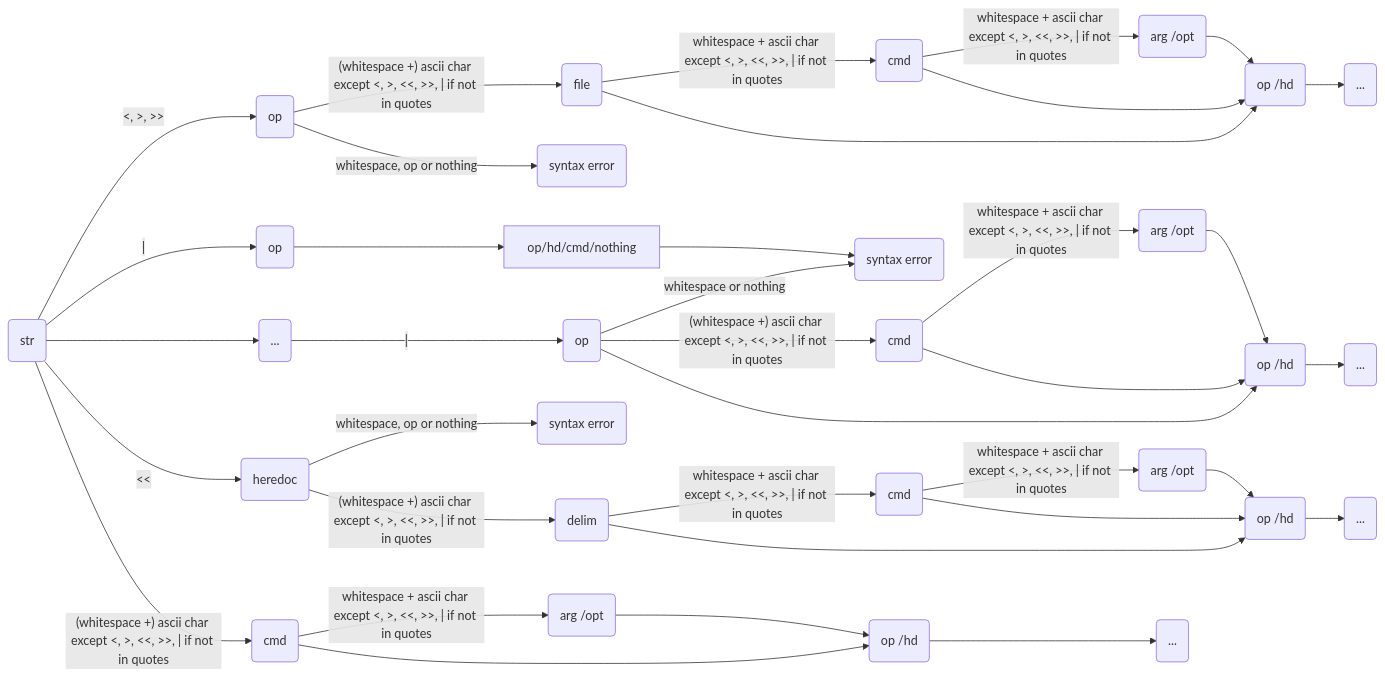
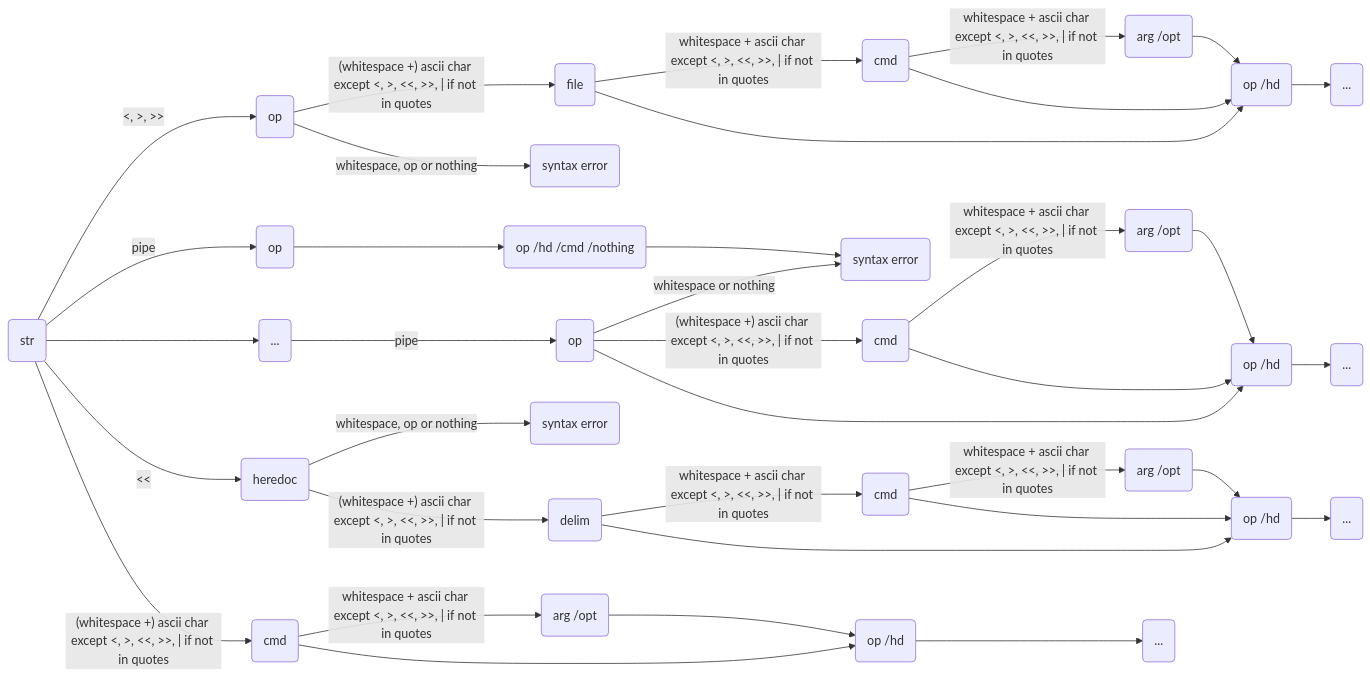
Before and after one commit to cdomet-d/minishell: the second of 2 diagrams in README.md, drawn with Mermaid.

````diff
--- a/README.md
+++ b/README.md
@@ -73,36 +73,36 @@
 ```mermaid
 graph LR
 
 STR(str) --> |<, >, >>| redir(op) --> |"(whitespace +) ascii char \nexcept <, >, <<, >>, | if not in quotes"| file(file)
 redir --> |"whitespace, op or nothing"| redirerror("syntax error")
 file --> |"whitespace + ascii char \nexcept <, >, <<, >>, | if not in quotes"| redircmd(cmd)
 redircmd --> |"whitespace + ascii char \nexcept <, >, <<, >>, | if not in quotes"| rao(arg /opt)
 redircmd --> redirophd
 rao --> redirophd
 file --> redirophd(op /hd) --> redirdot(...)
 
-STR --> |"|"| pip(op) --> op/hd/cmd/nothing --> pipeerror("syntax error")
-STR --> dost(...) --> |"|"| pipe(op)
+STR --> |"pipe"| pip(op) --> A("op /hd /cmd /nothing") --> pipeerror("syntax error")
+STR --> dost(...) --> |"pipe"| pipe(op)
 pipe --> |"whitespace or nothing"| pipeerror
 pipe --> |"(whitespace +) ascii char \nexcept <, >, <<, >>, | if not in quotes"| pipecmd(cmd)
 pipe --> op/hd(op /hd)
 pipecmd --> |"whitespace + ascii char \nexcept <, >, <<, >>, | if not in quotes"| pao(arg /opt)
 pao --> op/hd
 pipecmd --> op/hd
 op/hd --> dot(...)
 
 STR --> |<<| hd(heredoc)
 hd --> |"whitespace, op or nothing"| hderror("syntax error")
 hd --> |"(whitespace +) ascii char \nexcept <, >, <<, >>, | if not in quotes"| delim(delim)
 delim --> |"whitespace + ascii char \nexcept <, >, <<, >>, | if not in quotes"| hdcmd(cmd) --> |"whitespace + ascii char \nexcept <, >, <<, >>, | if not in quotes"| hdcmdopt(arg /opt)
 delim --> hdop(op /hd)
 hdcmd --> hdop
 hdcmdopt --> hdop
 hdop --> hdodt(...)
 
 STR --> |"(whitespace +) ascii char \nexcept <, >, <<, >>, | if not in quotes"| cmd(cmd) 
 cmd --> |"whitespace + ascii char \nexcept <, >, <<, >>, | if not in quotes"| cmdopt(arg /opt)
 cmd --> cmdop(op /hd)
 cmdopt --> cmdop(op /hd)
 cmdop --> cmddot(...)
 ```
````
